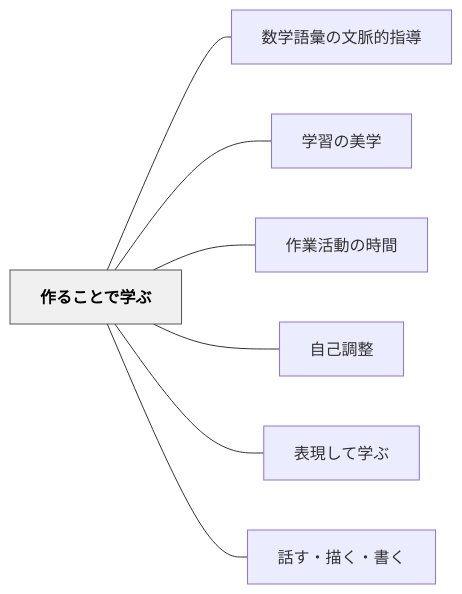
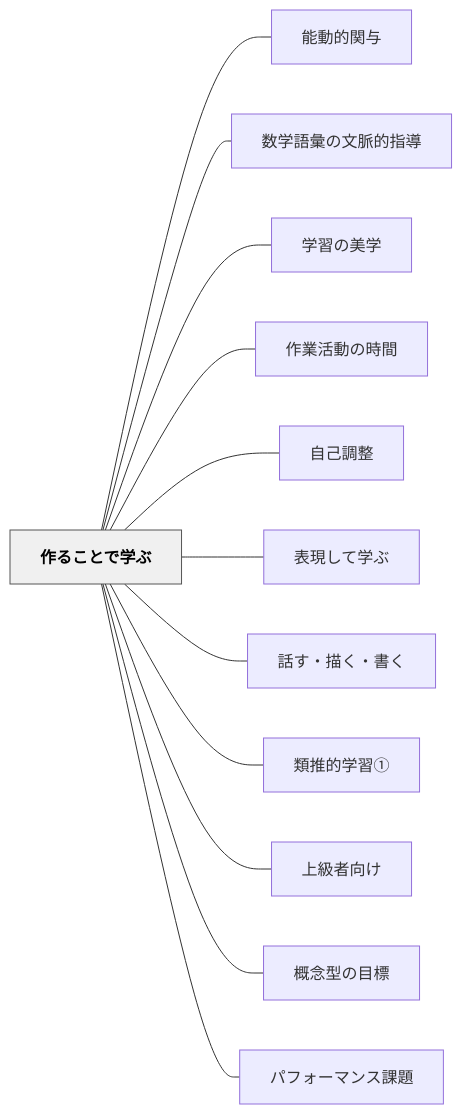
One commit to unknownthings-ed-patterns/unknownthings-ed-patterns changed the diagram in content/パタン/作ることで学ぶ.md. Above: the diagram before and after it, drawn with Mermaid. The commit also changed other lines of this file and 100 other files, not shown here.

````diff
--- a/content/パタン/作ることで学ぶ.md
+++ b/content/パタン/作ることで学ぶ.md
@@ -170,20 +169,30 @@
 ```mermaid
 flowchart LR
     ne4bd9ce3828be38193e381a8e381a7e5ada6e381b6["作ることで学ぶ"]
+    ne883bde58b95e79a84e996a2e4b88e["能動的関与"]
     ne695b0e5ada6e8aa9ee5bd99e381aee69687e88488e79a84e68c87e5b08e["数学語彙の文脈的指導"]
     ne5ada6e7bf92e381aee7be8ee5ada6["学習の美学"]
     ne4bd9ce6a5ade6b4bbe58b95e381aee69982e99693["作業活動の時間"]
     ne887aae5b7b1e8aabfe695b4["自己調整"]
     ne8a1a8e78fbee38197e381a6e5ada6e381b6["表現して学ぶ"]
     ne8a9b1e38199e383bbe68f8fe3818fe383bbe69bb8e3818f["話す・描く・書く"]
+    ne9a19ee68ea8e79a84e5ada6e7bf92e291a0["類推的学習①"]
+    ne4b88ae7b49ae88085e59091e38191["上級者向け"]
+    ne6a682e5bfb5e59e8be381aee79baee6a899["概念型の目標"]
+    ne38391e38395e382a9e383bce3839ee383b3e382b9e8aab2e9a18c["パフォーマンス課題"]
 
+    ne4bd9ce3828be38193e381a8e381a7e5ada6e381b6 --- ne883bde58b95e79a84e996a2e4b88e
     ne4bd9ce3828be38193e381a8e381a7e5ada6e381b6 --- ne695b0e5ada6e8aa9ee5bd99e381aee69687e88488e79a84e68c87e5b08e
     ne4bd9ce3828be38193e381a8e381a7e5ada6e381b6 --- ne5ada6e7bf92e381aee7be8ee5ada6
     ne4bd9ce3828be38193e381a8e381a7e5ada6e381b6 --- ne4bd9ce6a5ade6b4bbe58b95e381aee69982e99693
     ne4bd9ce3828be38193e381a8e381a7e5ada6e381b6 --- ne887aae5b7b1e8aabfe695b4
     ne4bd9ce3828be38193e381a8e381a7e5ada6e381b6 --- ne8a1a8e78fbee38197e381a6e5ada6e381b6
     ne4bd9ce3828be38193e381a8e381a7e5ada6e381b6 --- ne8a9b1e38199e383bbe68f8fe3818fe383bbe69bb8e3818f
+    ne4bd9ce3828be38193e381a8e381a7e5ada6e381b6 --- ne9a19ee68ea8e79a84e5ada6e7bf92e291a0
+    ne4bd9ce3828be38193e381a8e381a7e5ada6e381b6 --- ne4b88ae7b49ae88085e59091e38191
+    ne4bd9ce3828be38193e381a8e381a7e5ada6e381b6 --- ne6a682e5bfb5e59e8be381aee79baee6a899
+    ne4bd9ce3828be38193e381a8e381a7e5ada6e381b6 --- ne38391e38395e382a9e383bce3839ee383b3e382b9e8aab2e9a18c
 
     classDef hub fill:#f0f0f0,stroke:#555,color:#000,font-weight:bold
     class ne4bd9ce3828be38193e381a8e381a7e5ada6e381b6 hub
 ```
````
